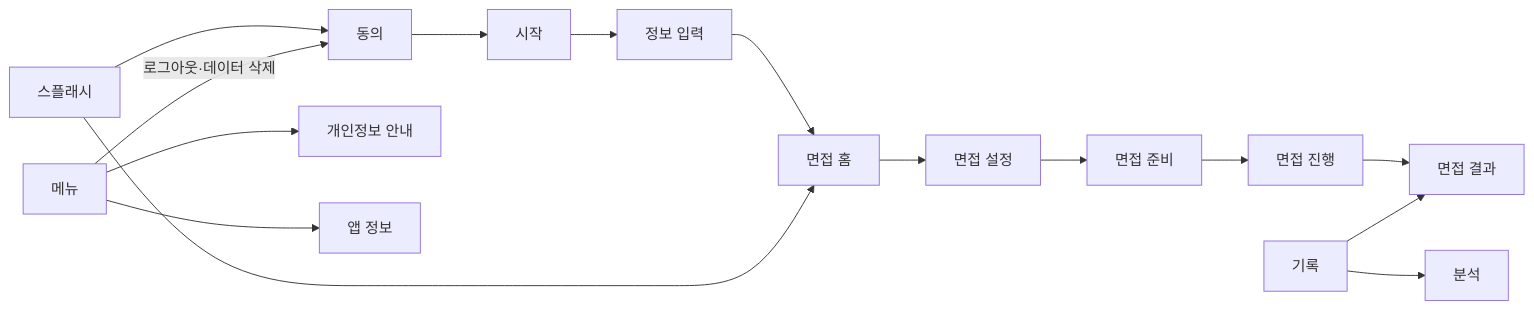
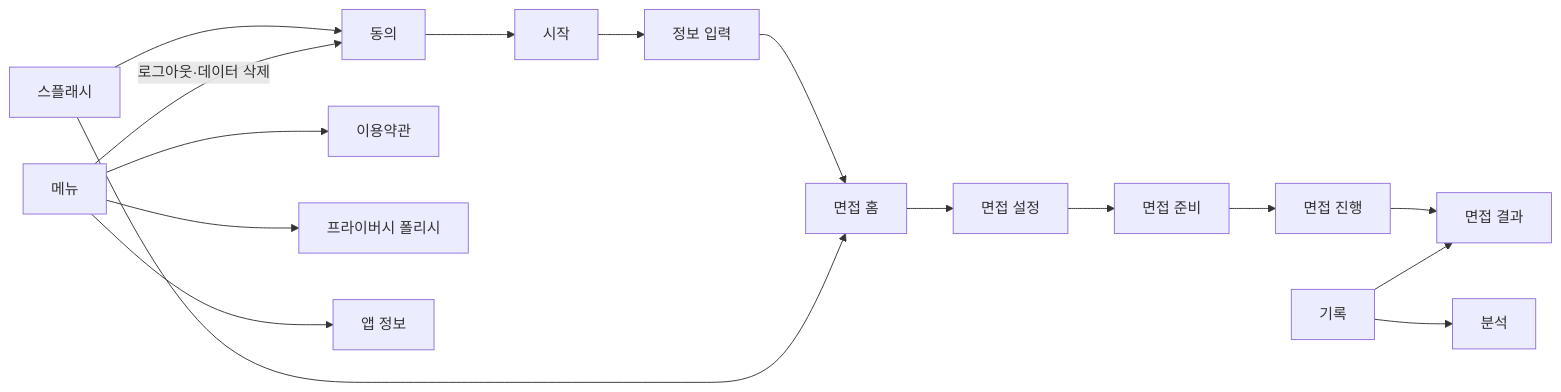
The diagram in docs/ui-design/SITE_MAP.md (znak99/JEC-FirstStepToCareer), drawn with Mermaid before and after one commit. The commit also changed other lines of this file and 9 other files, not shown here.

First line of the commit message:
feat: 이용약관·프라이버시 폴리시 본문 초안 추가

````diff
--- a/docs/ui-design/SITE_MAP.md
+++ b/docs/ui-design/SITE_MAP.md
@@ -51,11 +53,12 @@
 ```mermaid
 flowchart LR
   S13[스플래시] --> S14[동의] --> S00[시작] --> S15[정보 입력] --> S01[면접 홈]
   S13 --> S01
   S01 --> S02[면접 설정] --> S03[면접 준비] --> S04[면접 진행] --> S05[면접 결과]
   S08[기록] --> S05
   S08 --> S12[분석]
-  S09[메뉴] --> S10[개인정보 안내]
+  S09[메뉴] --> S16[이용약관]
+  S09 --> S10[프라이버시 폴리시]
   S09 --> S11[앱 정보]
   S09 -- 로그아웃·데이터 삭제 --> S14
 ```
````
